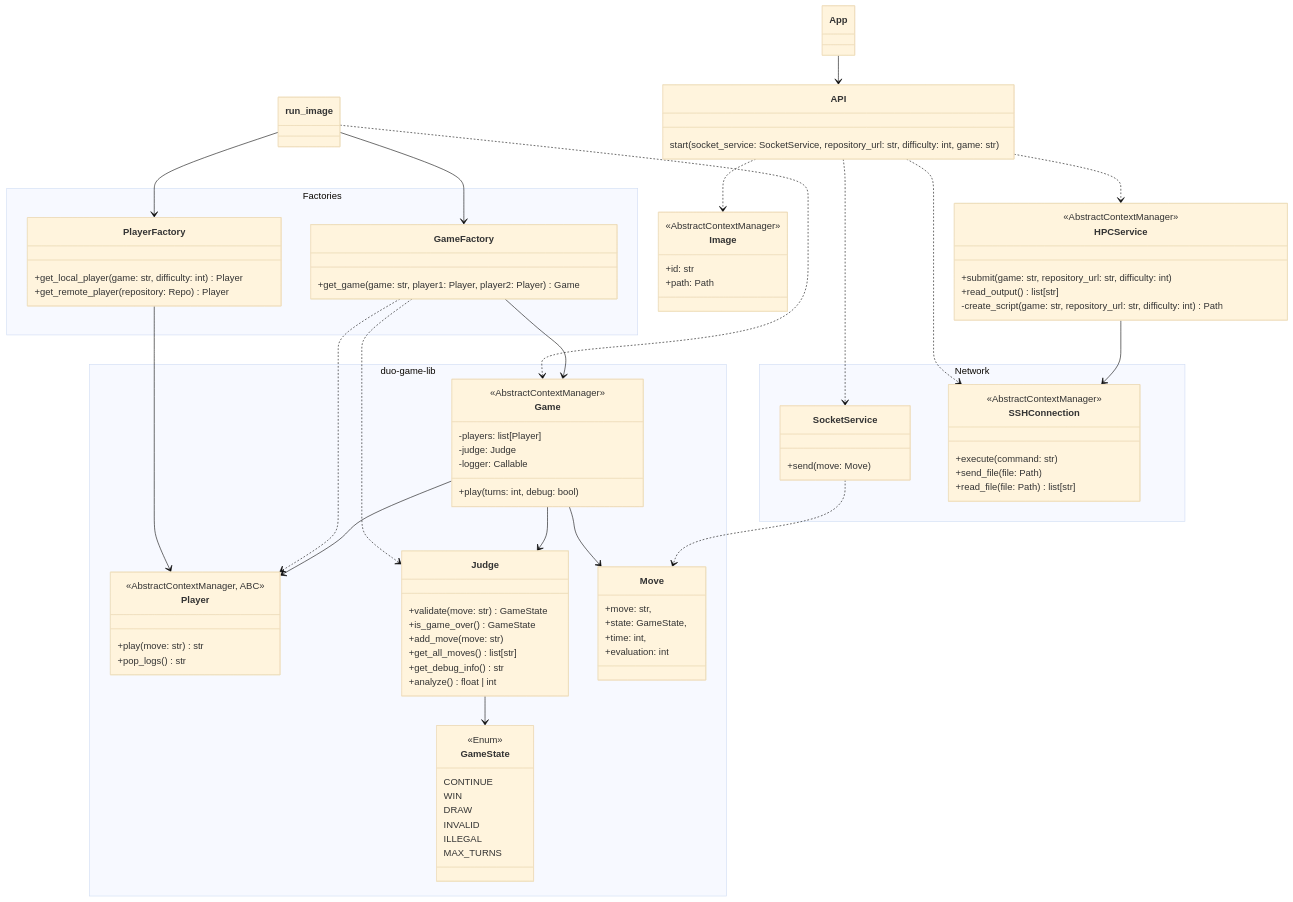
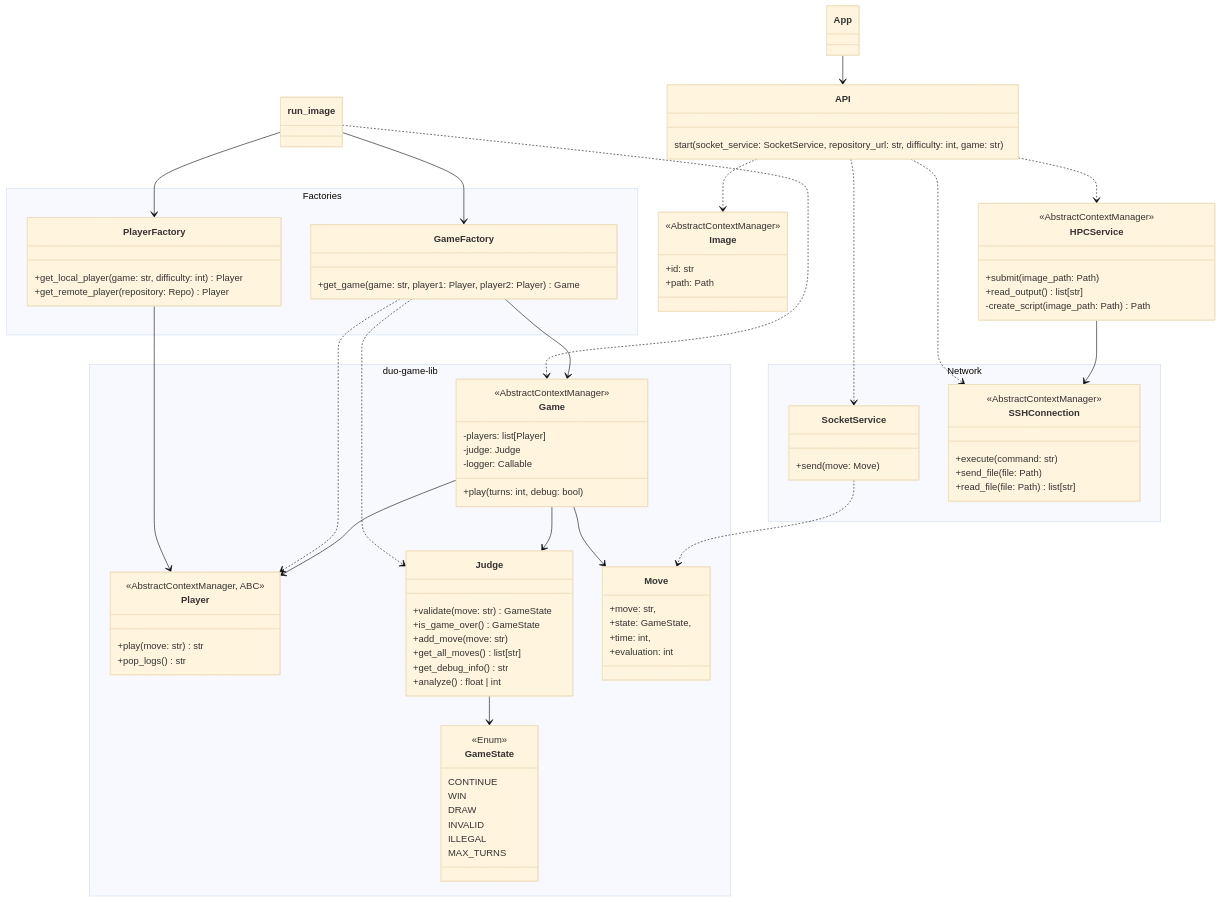
Before and after one commit to game-ai-platform-team/tira-ai-platform: the third of 5 diagrams in docs/architecture.md, drawn with Mermaid (base theme). The commit also changed 2 other files, not shown here.

Commit message:
refactor(#124): Make HPCService send game image

```diff
--- a/docs/architecture.md
+++ b/docs/architecture.md
@@ -156,9 +156,9 @@
 
 class HPCService {
     <<AbstractContextManager>>
-    +submit(game: str, repository_url: str, difficulty: int)
+    +submit(image_path: Path)
     +read_output() list[str]
-    -create_script(game: str, repository_url: str, difficulty: int) Path
+    -create_script(image_path: Path) Path
 }
 
 class Image {
```
